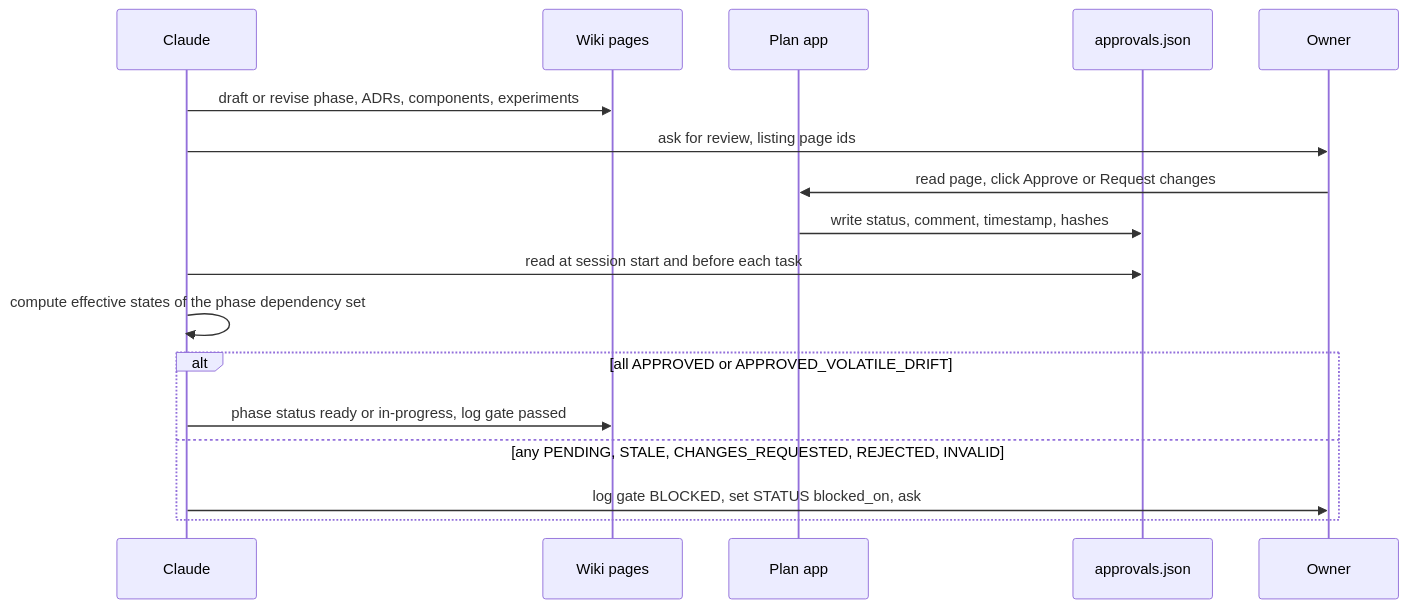
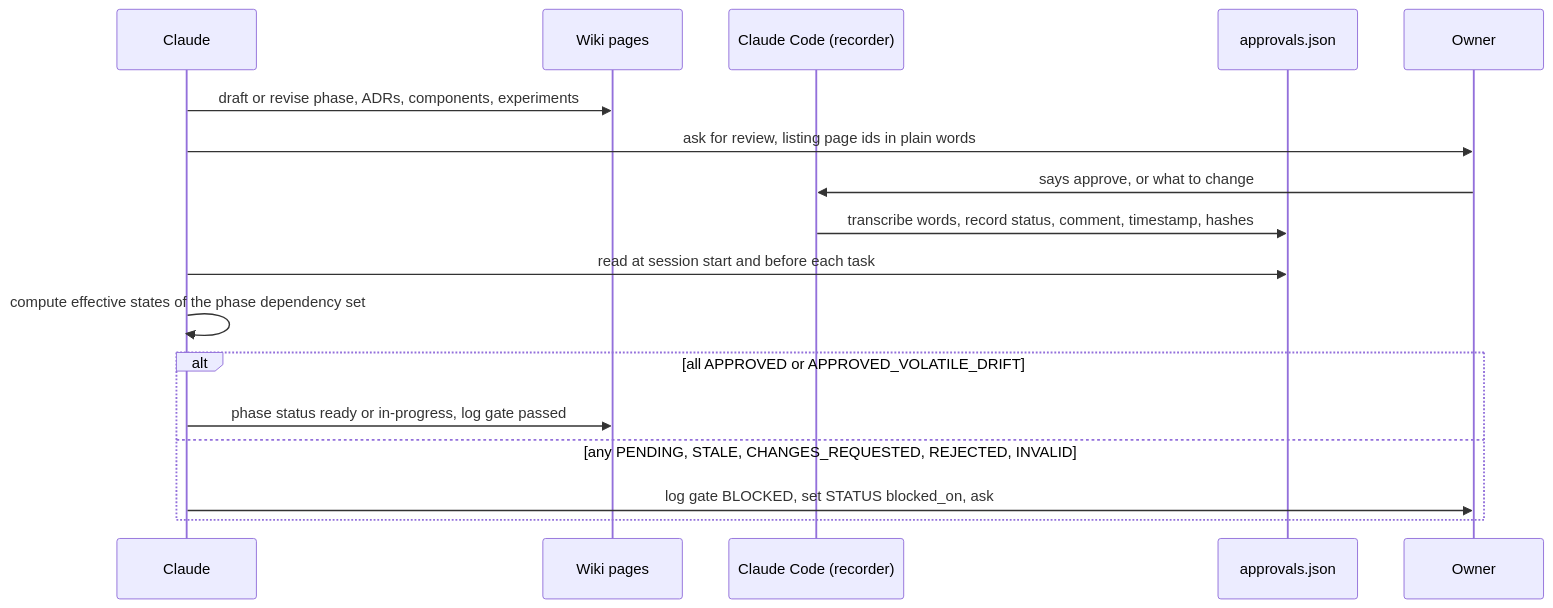
The second of 2 diagrams in wiki/operations/ops-approval-workflow.md (VarunOjha/nurav-ferrum), drawn with Mermaid before and after one commit. The commit also changed other lines of this file and 70 other files, not shown here.

First line of the commit message:
docs(rules): portal v2 rules - approvals in Claude Code, read-only portal, PowerShell checks, 4 architecture groups, masking [p0.17]

````diff
--- a/wiki/operations/ops-approval-workflow.md
+++ b/wiki/operations/ops-approval-workflow.md
@@ -70,19 +82,19 @@
 ```mermaid
 sequenceDiagram
     participant C as Claude
     participant W as Wiki pages
-    participant A as Plan app
+    participant A as Claude Code (recorder)
     participant J as approvals.json
     participant O as Owner
     C->>W: draft or revise phase, ADRs, components, experiments
-    C->>O: ask for review, listing page ids
-    O->>A: read page, click Approve or Request changes
-    A->>J: write status, comment, timestamp, hashes
+    C->>O: ask for review, listing page ids in plain words
+    O->>A: says approve, or what to change
+    A->>J: transcribe words, record status, comment, timestamp, hashes
     C->>J: read at session start and before each task
     C->>C: compute effective states of the phase dependency set
     alt all APPROVED or APPROVED_VOLATILE_DRIFT
         C->>W: phase status ready or in-progress, log gate passed
     else any PENDING, STALE, CHANGES_REQUESTED, REJECTED, INVALID
         C->>O: log gate BLOCKED, set STATUS blocked_on, ask
     end
 ```
````
